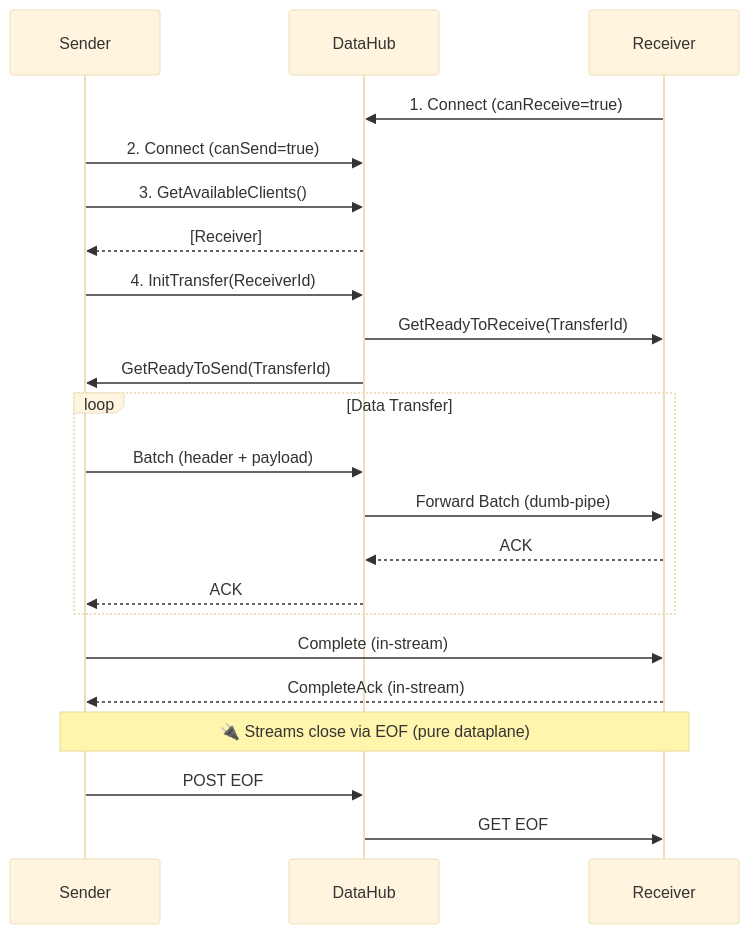
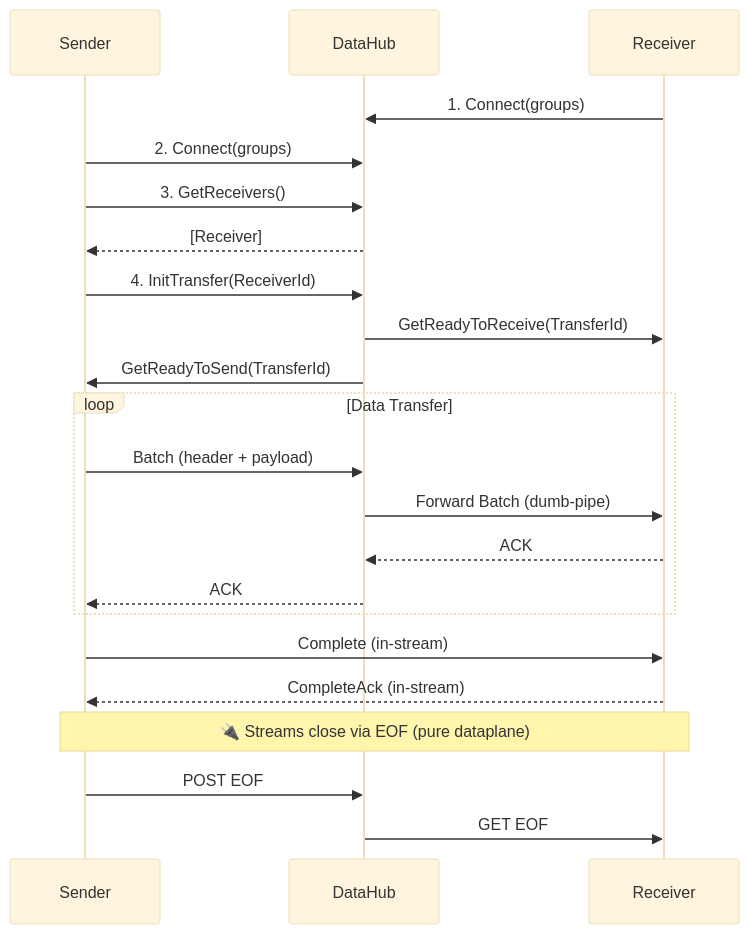
The diagram in TransportRArchitecture.md (nicopon/transportr), drawn with Mermaid (base theme) before and after one commit. The commit also changed other lines of this file and 5 other files, not shown here.

````diff
--- a/TransportRArchitecture.md
+++ b/TransportRArchitecture.md
@@ -42,28 +43,28 @@
 ```mermaid
 sequenceDiagram
     participant S as Sender
     participant H as DataHub
     participant R as Receiver
 
-    R->>H: 1. Connect (canReceive=true)
-    S->>H: 2. Connect (canSend=true)
-    S->>H: 3. GetAvailableClients()
+    R->>H: 1. Connect(groups)
+    S->>H: 2. Connect(groups)
+    S->>H: 3. GetReceivers()
     H-->>S: [Receiver]
     S->>H: 4. InitTransfer(ReceiverId)
     H->>R: GetReadyToReceive(TransferId)
     H->>S: GetReadyToSend(TransferId)
     
     loop Data Transfer
         S->>H: Batch (header + payload)
         H->>R: Forward Batch (dumb-pipe)
         R-->>H: ACK
         H-->>S: ACK
     end
     
     S->>R: Complete (in-stream)
     R-->>S: CompleteAck (in-stream)
     
     Note over S,R: 🔌 Streams close via EOF (pure dataplane)
     S->>H: POST EOF
     H->>R: GET EOF
 ```
````
